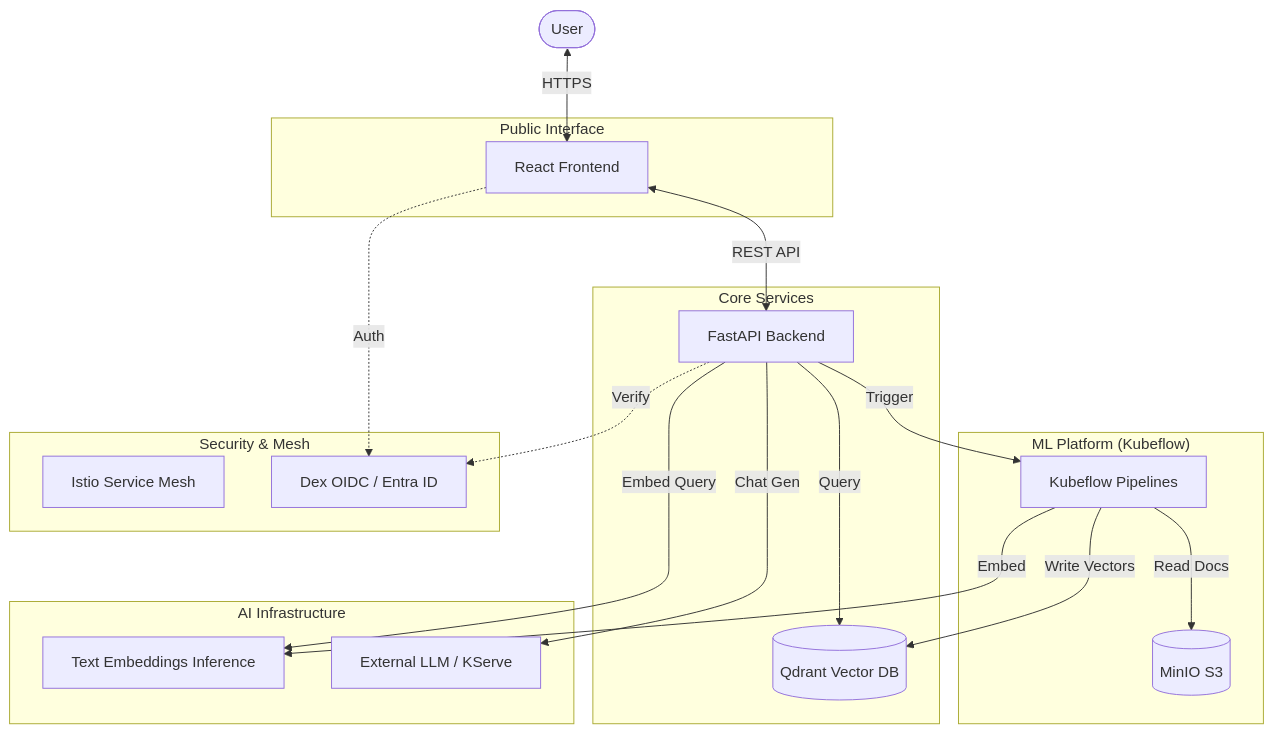
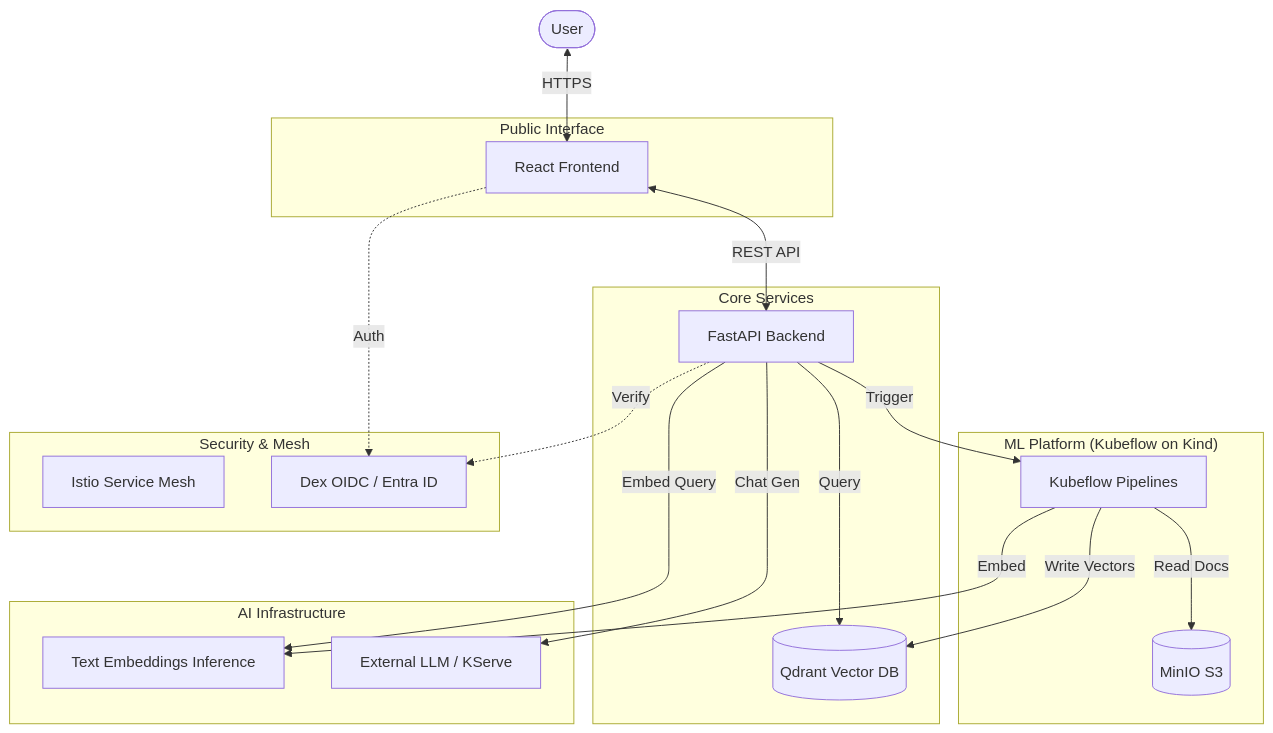
The diagram in docs/context/ARCHITECTURE.md (elis-salobehaj/Vellum), drawn with Mermaid before and after one commit. The commit also changed other lines of this file and 78 other files, not shown here.

````diff
--- a/docs/context/ARCHITECTURE.md
+++ b/docs/context/ARCHITECTURE.md
@@ -9,43 +31,43 @@
 ```mermaid
 graph TD
     User([User])
     
     subgraph "Public Interface"
         Frontend[React Frontend]
     end
     
     subgraph "Core Services"
         Backend[FastAPI Backend]
         Qdrant[(Qdrant Vector DB)]
     end
     
-    subgraph "ML Platform (Kubeflow)"
+    subgraph "ML Platform (Kubeflow on Kind)"
         KFP[Kubeflow Pipelines]
         MinIO[(MinIO S3)]
     end
     
     subgraph "AI Infrastructure"
         TEI[Text Embeddings Inference]
         LLM[External LLM / KServe]
     end
     
     User <-->|HTTPS| Frontend
     Frontend <-->|REST API| Backend
     Backend -->|Query| Qdrant
     Backend -->|Trigger| KFP
     
     KFP -->|Read Docs| MinIO
     KFP -->|Embed| TEI
     KFP -->|Write Vectors| Qdrant
     
     Backend -->|Embed Query| TEI
     Backend -->|Chat Gen| LLM
     
     subgraph "Security & Mesh"
         Istio[Istio Service Mesh]
         Dex[Dex OIDC / Entra ID]
     end
     
     Frontend -.->|Auth| Dex
     Backend -.->|Verify| Dex
 ```
````
